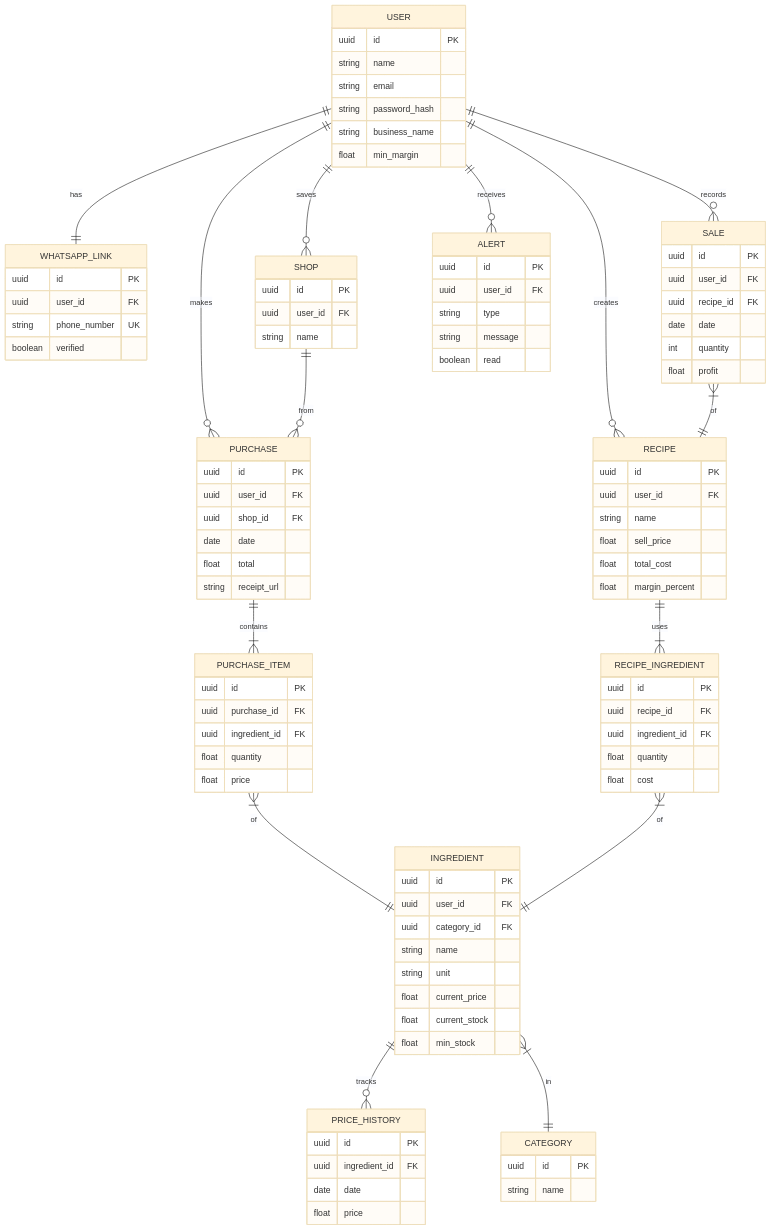
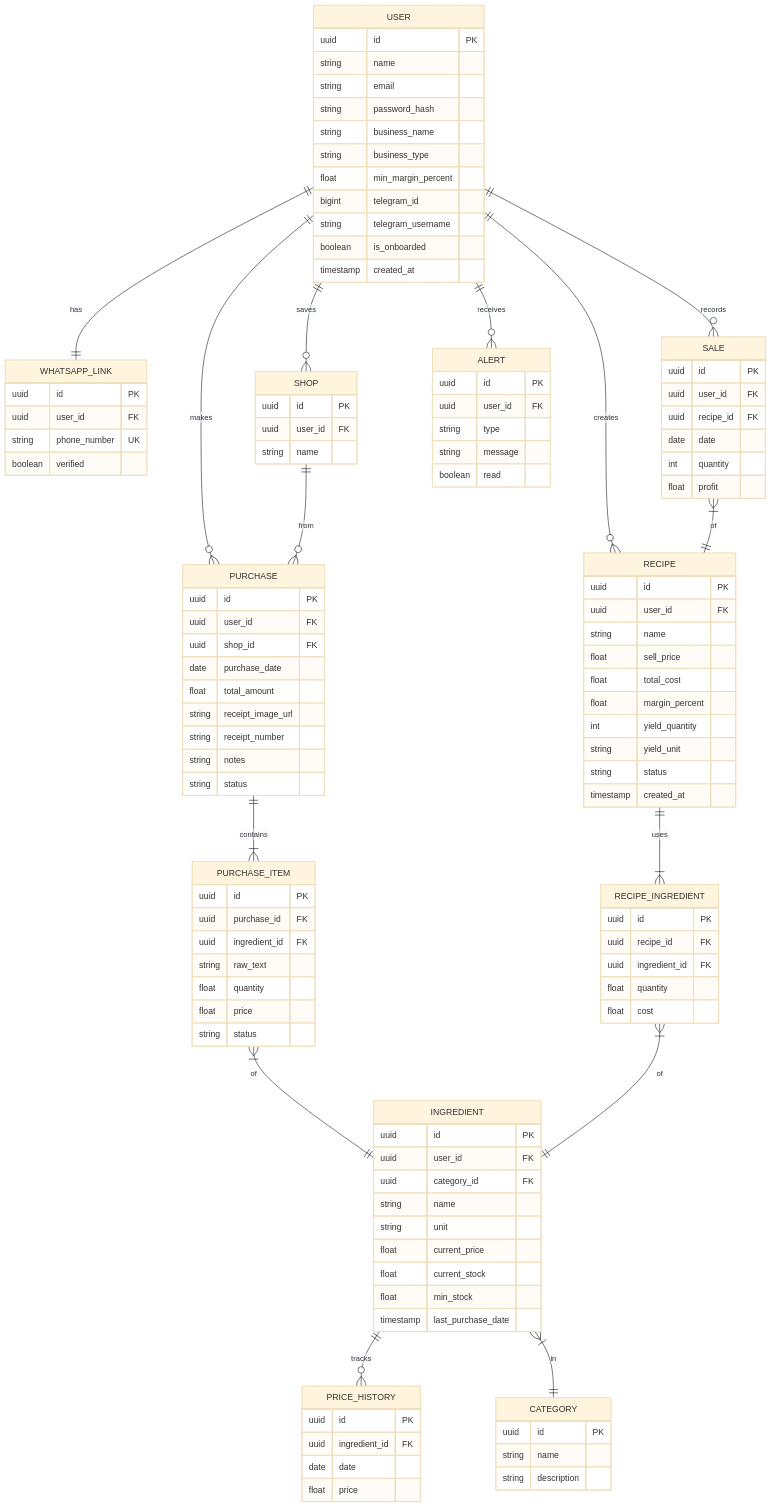
Before and after one commit to ardyutama/nastart: the fourth of 15 diagrams in docs/nastart-complete-docs.md, drawn with Mermaid (base theme). The commit also changed other lines of this file and 31 other files, not shown here.

````diff
--- a/docs/nastart-complete-docs.md
+++ b/docs/nastart-complete-docs.md
@@ -352,7 +359,12 @@
         string email
         string password_hash
         string business_name
-        float min_margin
+        string business_type
+        float min_margin_percent
+        bigint telegram_id
+        string telegram_username
+        boolean is_onboarded
+        timestamp created_at
     }
 
     WHATSAPP_LINK {
@@ -371,6 +383,7 @@
         float current_price
         float current_stock
         float min_stock
+        timestamp last_purchase_date
     }
 
     SHOP {
@@ -383,17 +396,22 @@
         uuid id PK
         uuid user_id FK
         uuid shop_id FK
-        date date
-        float total
-        string receipt_url
+        date purchase_date
+        float total_amount
+        string receipt_image_url
+        string receipt_number
+        string notes
+        string status
     }
 
     PURCHASE_ITEM {
         uuid id PK
         uuid purchase_id FK
         uuid ingredient_id FK
+        string raw_text
         float quantity
         float price
+        string status
     }
 
     PRICE_HISTORY {
@@ -410,6 +428,10 @@
         float sell_price
         float total_cost
         float margin_percent
+        int yield_quantity
+        string yield_unit
+        string status
+        timestamp created_at
     }
 
     RECIPE_INGREDIENT {
@@ -440,5 +462,6 @@
     CATEGORY {
         uuid id PK
         string name
+        string description
     }
 ```
````
